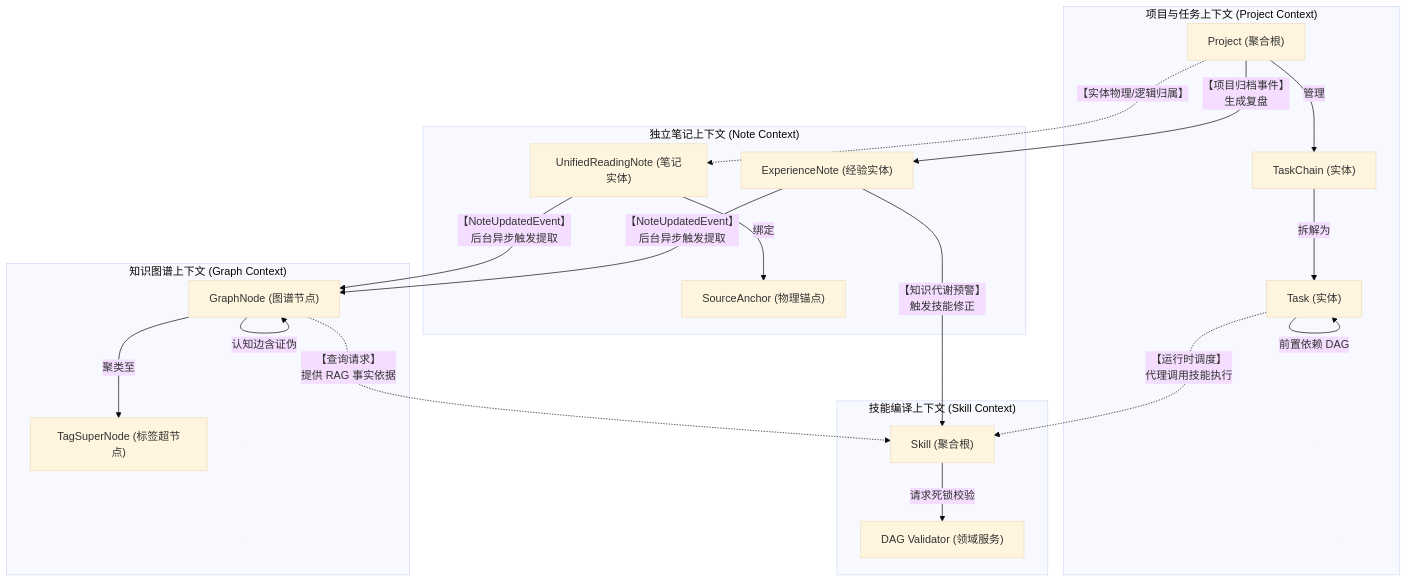
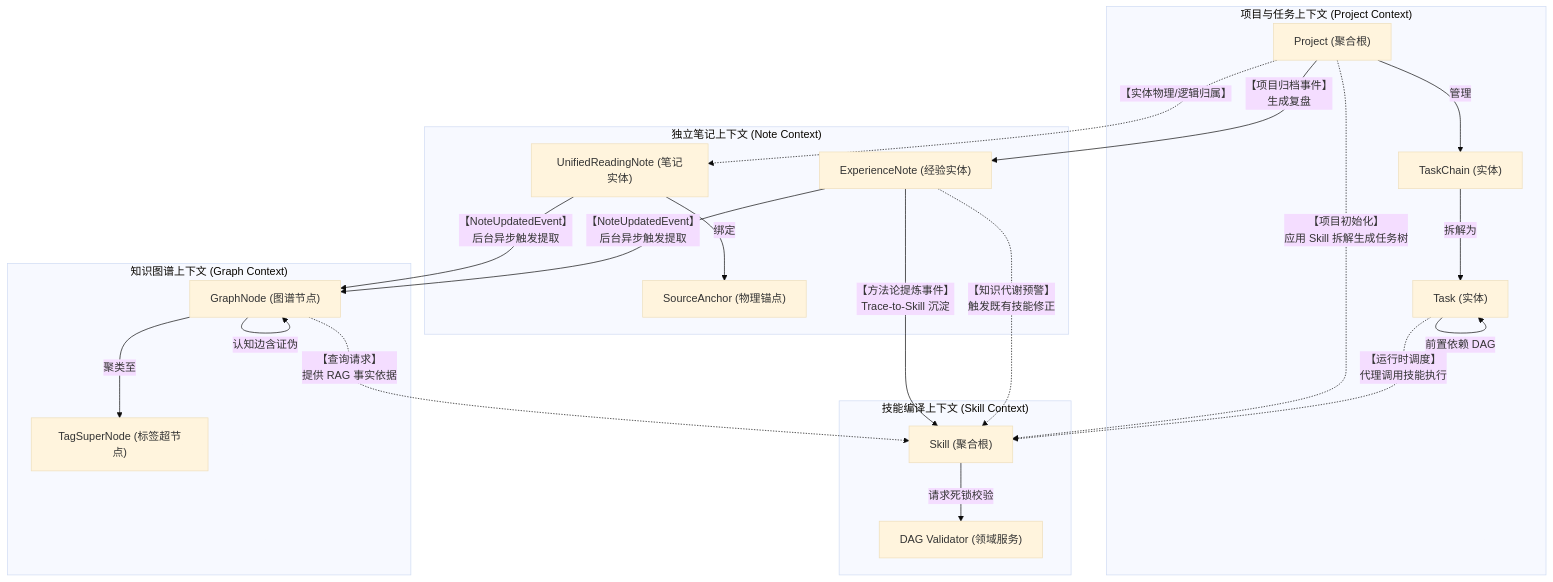
The second of 3 diagrams in docs/06_system_architecture/backend_design_spec_v1.0.md (shanglihong/i-have-a-plan), drawn with Mermaid (base theme) before and after one commit. The commit also changed other lines of this file and 1 other file, not shown here.

Commit message:
docs: update business model and backend architecture design specifications

````diff
--- a/docs/06_system_architecture/backend_design_spec_v1.0.md
+++ b/docs/06_system_architecture/backend_design_spec_v1.0.md
@@ -112,54 +115,56 @@
 ```mermaid
 graph TD
     %% 限界上下文 (Bounded Contexts)
     
     subgraph ProjectDomain ["项目与任务上下文 (Project Context)"]
         P_Proj["Project (聚合根)"]
         P_TC["TaskChain (实体)"]
         P_Task["Task (实体)"]
         
         P_Proj -->|管理| P_TC
         P_TC -->|拆解为| P_Task
         P_Task -->|前置依赖 DAG| P_Task
     end
 
     subgraph NoteDomain ["独立笔记上下文 (Note Context)"]
         K_URN["UnifiedReadingNote (笔记实体)"]
         K_EN["ExperienceNote (经验实体)"]
         K_SA["SourceAnchor (物理锚点)"]
         
         K_URN -->|绑定| K_SA
     end
 
     subgraph GraphDomain ["知识图谱上下文 (Graph Context)"]
         K_Graph["GraphNode (图谱节点)"]
         K_Tag["TagSuperNode (标签超节点)"]
         
         K_Graph -->|认知边含证伪| K_Graph
         K_Graph -->|聚类至| K_Tag
     end
 
     subgraph SkillDomain ["技能编译上下文 (Skill Context)"]
         S_Skill["Skill (聚合根)"]
         S_DAG["DAG Validator (领域服务)"]
         
         S_Skill -->|请求死锁校验| S_DAG
     end
 
     %% 上下文映射 (Context Mapping) 与跨界边界交互
     
     %% 外部交互 / 项目域映射 (归属与沉淀)
     P_Proj -->|"【项目归档事件】<br>生成复盘"| K_EN
     P_Proj -.->|"【实体物理/逻辑归属】"| K_URN
     
     %% 笔记域 -> 图谱域 (异步事件)
     K_URN -->|"【NoteUpdatedEvent】<br>后台异步触发提取"| K_Graph
     K_EN -->|"【NoteUpdatedEvent】<br>后台异步触发提取"| K_Graph
 
-    %% 知识域 -> 技能域 (触发与上下文)
-    K_EN -->|"【知识代谢预警】<br>触发技能修正"| S_Skill
+    %% 笔记域/图谱域 -> 技能域 (提炼沉淀与修正)
+    K_EN -->|"【方法论提炼事件】<br>Trace-to-Skill 沉淀"| S_Skill
+    K_EN -.->|"【知识代谢预警】<br>触发既有技能修正"| S_Skill
     K_Graph -.->|"【查询请求】<br>提供 RAG 事实依据"| S_Skill
     
-    %% 项目域 -> 技能域 (运行时调用)
+    %% 项目域 -> 技能域 (运行时调用与拆解)
+    P_Proj -.->|"【项目初始化】<br>应用 Skill 拆解生成任务树"| S_Skill
     P_Task -.->|"【运行时调度】<br>代理调用技能执行"| S_Skill
 ```
````
